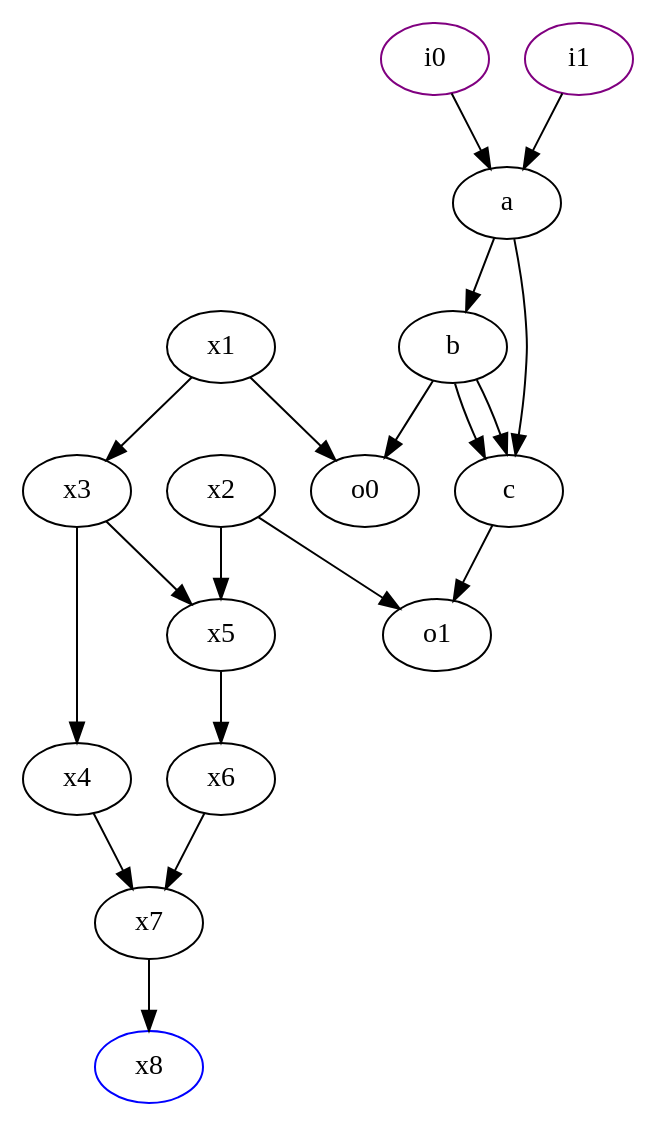
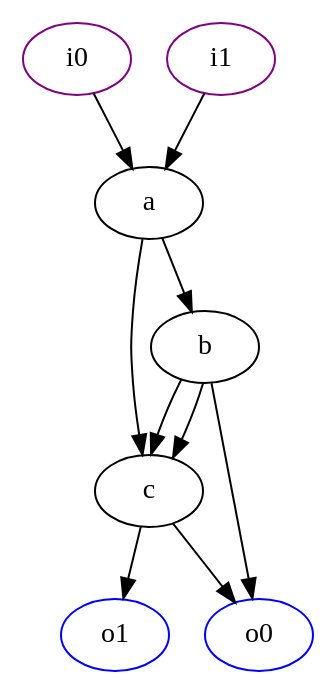
One commit to LSCRSL/Graph changed the diagram in graph.dot. Above: the diagram before and after it, drawn with Graphviz. The commit also changed 4 other files, not shown here.

```diff
--- a/graph.dot
+++ b/graph.dot
@@ -1,35 +1,18 @@
 digraph G{
-7 [label=x3, color=black];
-8 [label=x4, color=black];
-9 [label=x5, color=black];
-10 [label=x6, color=black];
-11 [label=x7, color=black];
-17 [label=x1, color=black];
-18 [label=x2, color=black];
-27 [label=x8, color=blue];
 0 [label=a, color=black];
 1 [label=b, color=black];
 2 [label=c, color=black];
 3 [label=i0, color=purple];
 4 [label=i1, color=purple];
-5 [label=o0, color=black];
-6 [label=o1, color=black];
-7 -> 8;
-7 -> 9;
-8 -> 11;
-9 -> 10;
-10 -> 11;
-11 -> 27;
-17 -> 7;
-17 -> 5;
-18 -> 9;
-18 -> 6;
+5 [label=o0, color=blue];
+6 [label=o1, color=blue];
 0 -> 1;
 0 -> 2;
 1 -> 2;
 1 -> 2;
 1 -> 5;
 2 -> 6;
+2 -> 5;
 3 -> 0;
 4 -> 0;
 }
```
